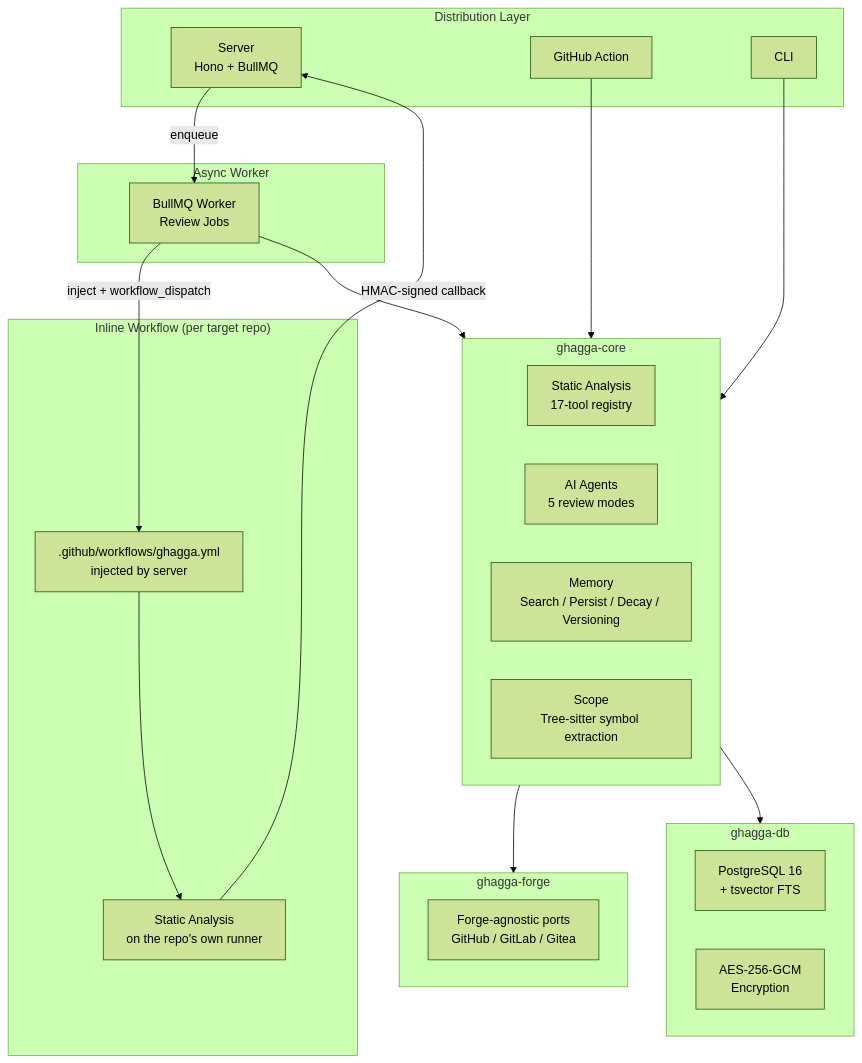
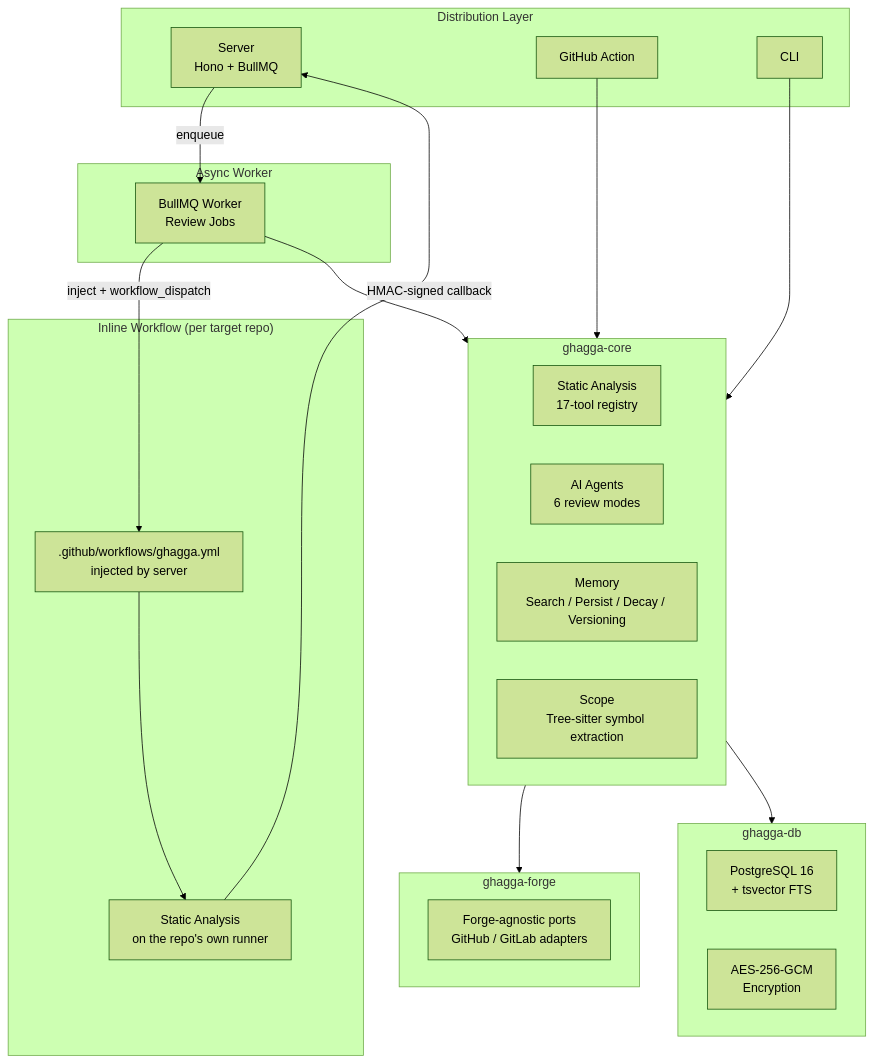
Before and after one commit to JNZader/ghagga: the first of 3 diagrams in README.es.md, drawn with Mermaid (forest theme). The commit also changed other lines of this file and 31 other files, not shown here.

````diff
--- a/README.es.md
+++ b/README.es.md
@@ -55,43 +55,43 @@
 ```mermaid
 graph TB
   subgraph Distribution["Distribution Layer"]
     Server["Server<br/>Hono + BullMQ"]
     Action["GitHub Action"]
     CLI["CLI"]
   end
 
   subgraph Worker["Async Worker"]
     BullMQ["BullMQ Worker<br/>Review Jobs"]
   end
 
   subgraph Inline["Inline Workflow (per target repo)"]
     InlineYml[".github/workflows/ghagga.yml<br/>injected by server"]
     InlineTools["Static Analysis<br/>on the repo's own runner"]
   end
 
   subgraph Core["ghagga-core"]
     SA["Static Analysis<br/>17-tool registry"]
-    Agents["AI Agents<br/>5 review modes"]
+    Agents["AI Agents<br/>6 review modes"]
     Memory["Memory<br/>Search / Persist / Decay / Versioning"]
     Scope["Scope<br/>Tree-sitter symbol extraction"]
   end
 
   subgraph Forge["ghagga-forge"]
-    Ports["Forge-agnostic ports<br/>GitHub / GitLab / Gitea"]
+    Ports["Forge-agnostic ports<br/>GitHub / GitLab adapters"]
   end
 
   subgraph DB["ghagga-db"]
     PG["PostgreSQL 16<br/>+ tsvector FTS"]
     Crypto["AES-256-GCM<br/>Encryption"]
   end
 
   Server -- enqueue --> BullMQ
   BullMQ --> Core
   BullMQ -- "inject + workflow_dispatch" --> InlineYml
   InlineYml --> InlineTools
   InlineTools -- "HMAC-signed callback" --> Server
   Action --> Core
   CLI --> Core
   Core --> Forge
   Core --> DB
 ```
````
